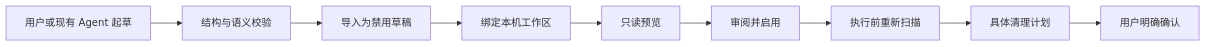
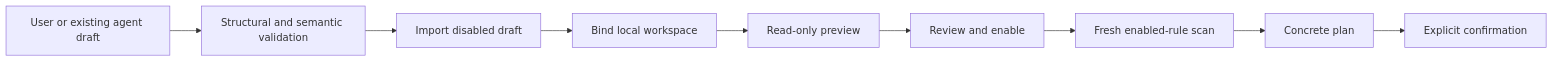
The diagram in docs/rules/rule-specification.md (limecloud/shou), drawn with Mermaid before and after one commit. The commit also changed other lines of this file and 46 other files, not shown here.

````diff
--- a/docs/rules/rule-specification.md
+++ b/docs/rules/rule-specification.md
@@ -80,11 +73,11 @@
 ```mermaid
 flowchart LR
-    Draft[用户或现有 Agent 起草] --> Validate[结构与语义校验]
-    Validate --> Import[导入为禁用草稿]
-    Import --> Bind[绑定本机工作区]
-    Bind --> Preview[只读预览]
-    Preview --> Enable[审阅并启用]
-    Enable --> Scan[执行前重新扫描]
-    Scan --> Plan[具体清理计划]
-    Plan --> Confirm[用户明确确认]
+    Draft[User or existing agent draft] --> Validate[Structural and semantic validation]
+    Validate --> Import[Import disabled draft]
+    Import --> Bind[Bind local workspace]
+    Bind --> Preview[Read-only preview]
+    Preview --> Enable[Review and enable]
+    Enable --> Scan[Fresh enabled-rule scan]
+    Scan --> Plan[Concrete plan]
+    Plan --> Confirm[Explicit confirmation]
 ```
````
